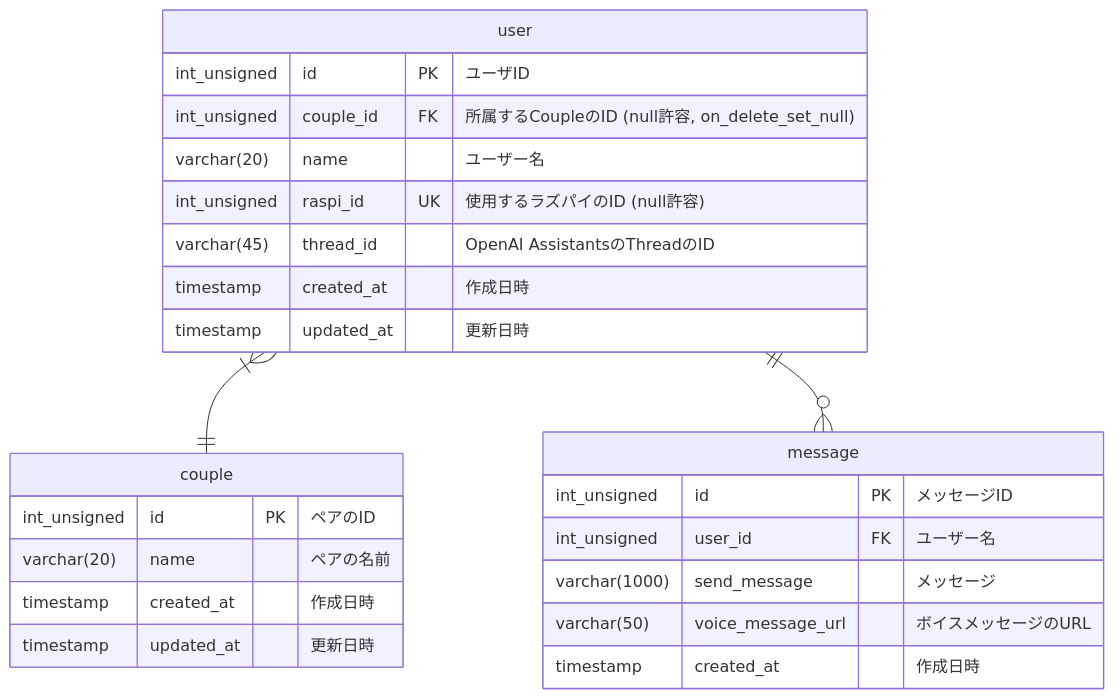
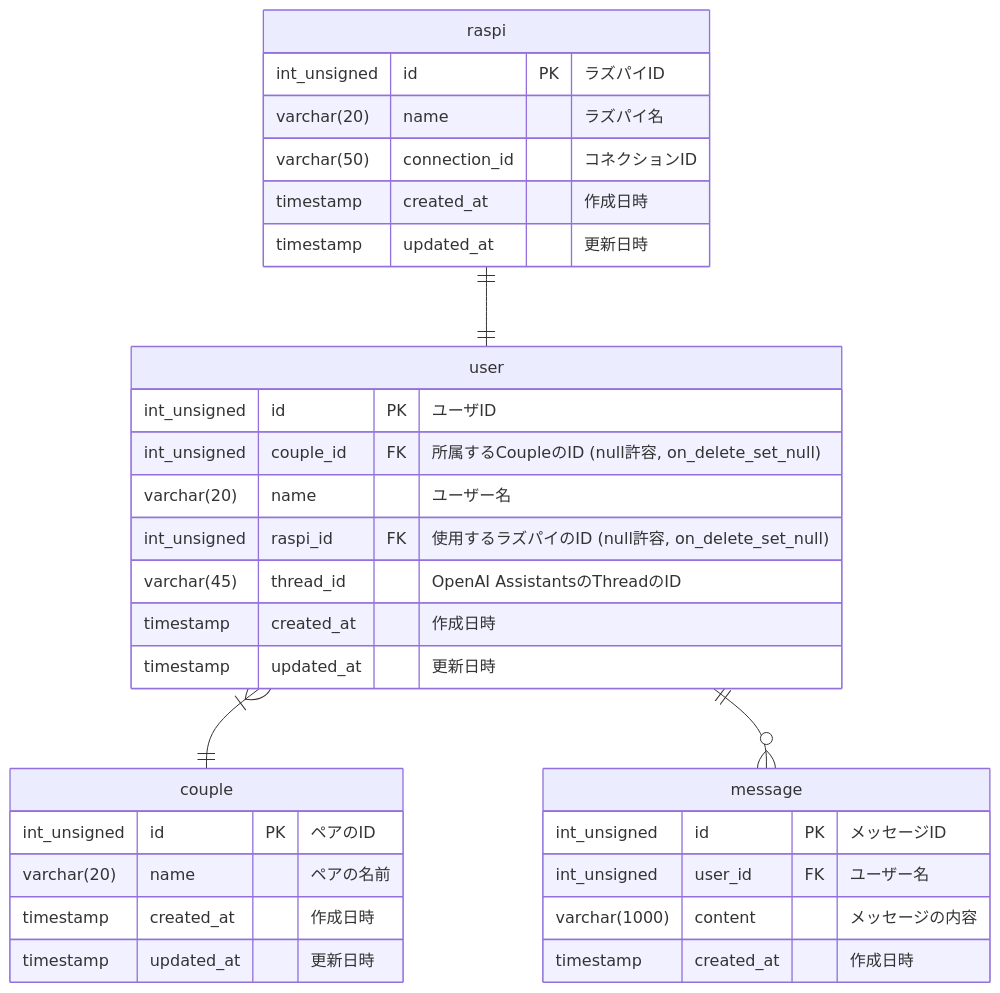
Before and after one commit to futaringoto/futarin-api: the diagram in ER.md, drawn with Mermaid. The commit also changed other lines of this file, not shown here.

````diff
--- a/ER.md
+++ b/ER.md
@@ -5,30 +5,38 @@
 ```mermaid
 erDiagram
+    raspi ||--|| user : ""
     user }|--|| couple : ""
     user ||--o{ message : ""
+
+    raspi {
+        int_unsigned id PK "ラズパイID"
+        varchar(20) name "ラズパイ名"
+        varchar(50) connection_id "コネクションID"
+        timestamp created_at "作成日時"
+        timestamp updated_at "更新日時"
+    }
 
     user {
         int_unsigned id PK "ユーザID"
         int_unsigned couple_id FK "所属するCoupleのID (null許容, on_delete_set_null)"
         varchar(20) name "ユーザー名"
-        int_unsigned raspi_id UK "使用するラズパイのID (null許容)"
+        int_unsigned raspi_id FK "使用するラズパイのID (null許容, on_delete_set_null)"
         varchar(45) thread_id "OpenAI AssistantsのThreadのID"
         timestamp created_at "作成日時"
         timestamp updated_at "更新日時"
     }
 
     couple {
         int_unsigned id PK "ペアのID"
         varchar(20) name "ペアの名前"
         timestamp created_at "作成日時"
         timestamp updated_at "更新日時"
     }
 
     message {
         int_unsigned id PK "メッセージID"
         int_unsigned user_id FK "ユーザー名"
-        varchar(1000) send_message "メッセージ"
-        varchar(50) voice_message_url "ボイスメッセージのURL"
+        varchar(1000) content "メッセージの内容"
         timestamp created_at "作成日時"
     }
 ```
````
